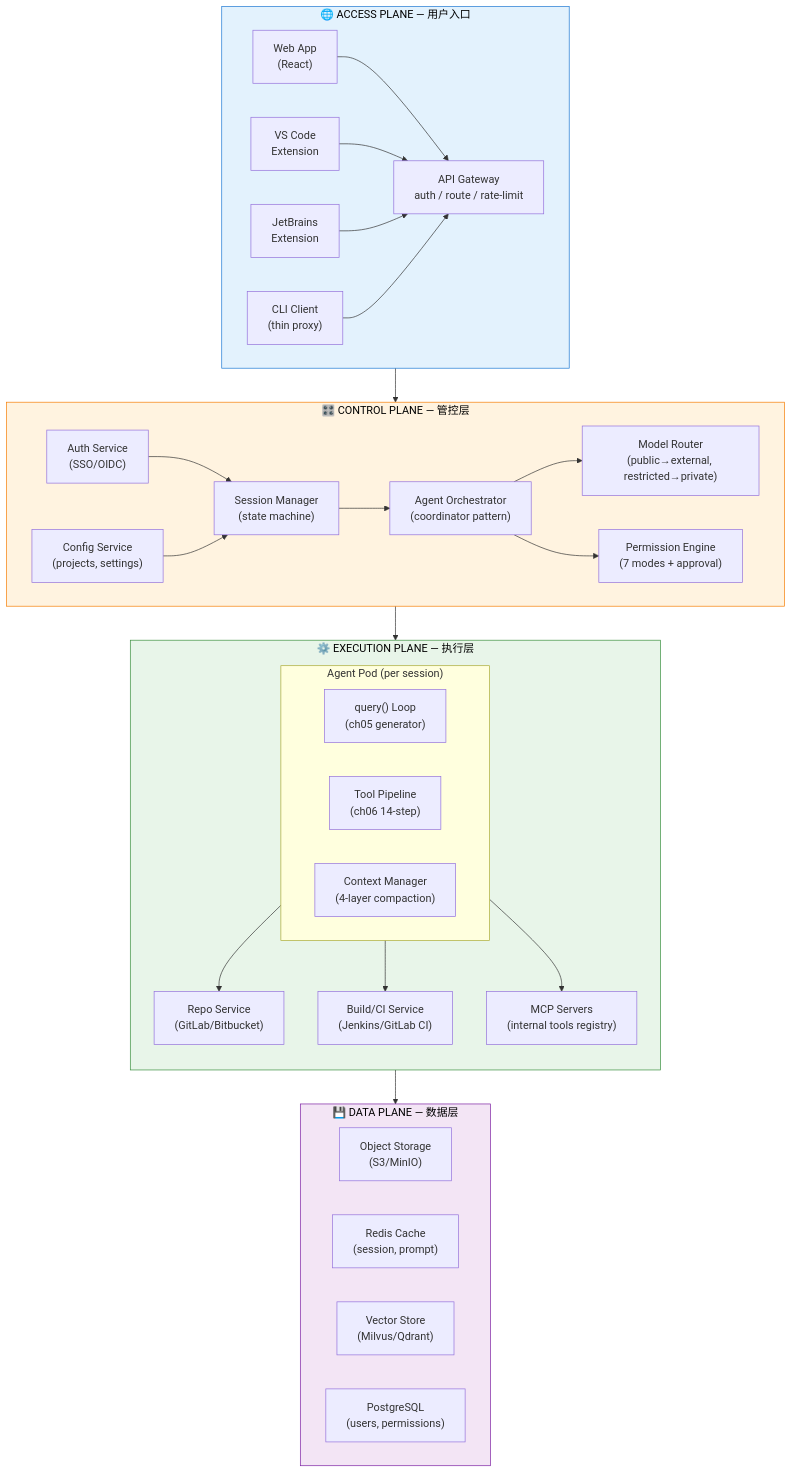
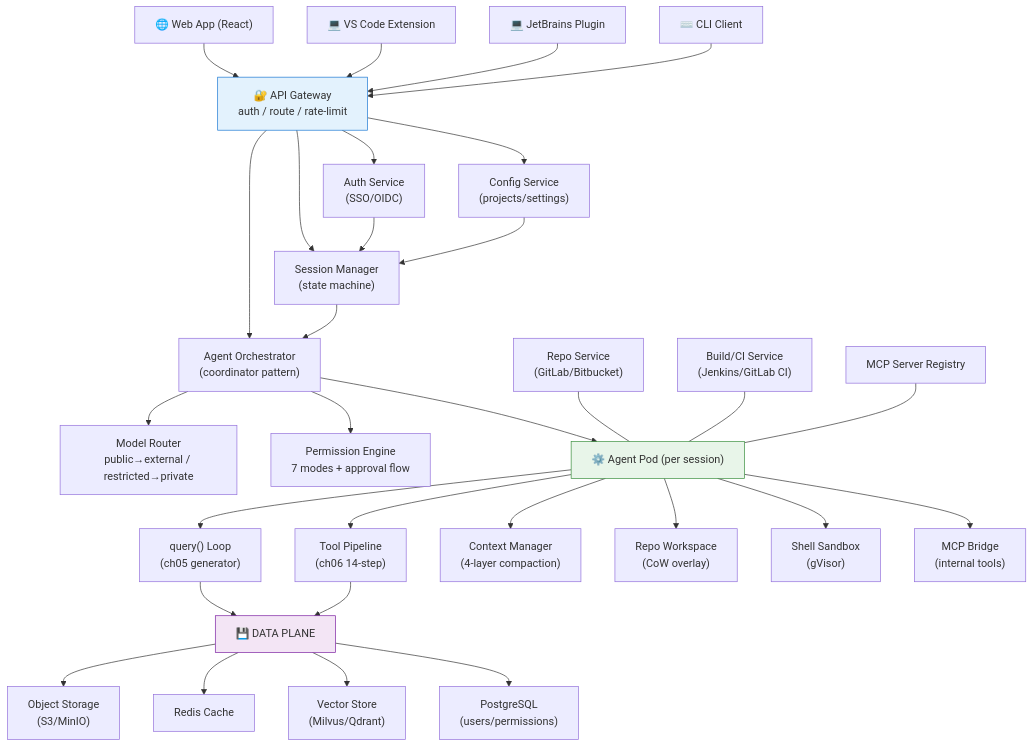
One commit to llwanghong/claude-code-universe changed the first of 2 diagrams in cloud-claude-code/docs/01-architecture-design.md. Above: the diagram before and after it, drawn with Mermaid. The commit also changed other lines of this file and 1 other file, not shown here.

Commit message:
fix: convert all Mermaid diagrams to graph TD syntax
block-beta and flowchart TB with nested subgraphs not supported
by the client-side Mermaid version. Replaced with graph TD which
is proven to work across all existing book chapters.

Also simplified the 5-plane architecture diagram into a flat
graph TD structure that renders correctly.

````diff
--- a/cloud-claude-code/docs/01-architecture-design.md
+++ b/cloud-claude-code/docs/01-architecture-design.md
@@ -33,56 +33,44 @@
 ```mermaid
-flowchart TB
-    subgraph ACCESS["🌐 ACCESS PLANE — 用户入口"]
-        direction LR
-        Web["Web App<br/>(React)"]
-        VSCode["VS Code<br/>Extension"]
-        JetBrains["JetBrains<br/>Extension"]
-        CLI["CLI Client<br/>(thin proxy)"]
-        Web & VSCode & JetBrains & CLI --> Gateway["API Gateway<br/>auth / route / rate-limit"]
-    end
+graph TD
+    Web["🌐 Web App (React)"] --> Gateway
+    VSCode["💻 VS Code Extension"] --> Gateway
+    JetBrains["💻 JetBrains Plugin"] --> Gateway
+    CLI["⌨️ CLI Client"] --> Gateway
+    Gateway["🔐 API Gateway<br/>auth / route / rate-limit"]
 
-    subgraph CONTROL["🎛️ CONTROL PLANE — 管控层"]
-        direction LR
-        Auth["Auth Service<br/>(SSO/OIDC)"]
-        Session["Session Manager<br/>(state machine)"]
-        Orch["Agent Orchestrator<br/>(coordinator pattern)"]
-        Config["Config Service<br/>(projects, settings)"]
-        Router["Model Router<br/>(public→external, restricted→private)"]
-        Perm["Permission Engine<br/>(7 modes + approval)"]
-        Auth --> Session --> Orch
-        Orch --> Router
-        Orch --> Perm
-        Config --> Session
-    end
+    Gateway --> Auth["Auth Service<br/>(SSO/OIDC)"]
+    Gateway --> Session["Session Manager<br/>(state machine)"]
+    Gateway --> Orch["Agent Orchestrator<br/>(coordinator pattern)"]
+    Gateway --> Config["Config Service<br/>(projects/settings)"]
 
-    subgraph EXEC["⚙️ EXECUTION PLANE — 执行层"]
-        direction TB
-        subgraph Pod["Agent Pod (per session)"]
-            direction LR
-            Loop["query() Loop<br/>(ch05 generator)"]
-            Tools["Tool Pipeline<br/>(ch06 14-step)"]
-            Context["Context Manager<br/>(4-layer compaction)"]
-        end
-        RepoSvc["Repo Service<br/>(GitLab/Bitbucket)"]
-        BuildSvc["Build/CI Service<br/>(Jenkins/GitLab CI)"]
-        MCPReg["MCP Servers<br/>(internal tools registry)"]
-        Pod --> RepoSvc & BuildSvc & MCPReg
-    end
+    Auth --> Session
+    Session --> Orch
 
-    subgraph DATA["💾 DATA PLANE — 数据层"]
-        direction LR
-        S3["Object Storage<br/>(S3/MinIO)"]
-        Redis["Redis Cache<br/>(session, prompt)"]
-        Vector["Vector Store<br/>(Milvus/Qdrant)"]
-        PG["PostgreSQL<br/>(users, permissions)"]
-    end
+    Orch --> Router["Model Router<br/>public→external / restricted→private"]
+    Orch --> Perm["Permission Engine<br/>7 modes + approval flow"]
+    Config --> Session
 
-    Gateway --> Auth
-    Orch --> Pod
-    Pod --> DATA
+    Orch --> Pod["⚙️ Agent Pod (per session)"]
+    Pod --> Loop["query() Loop<br/>(ch05 generator)"]
+    Pod --> ToolPipe["Tool Pipeline<br/>(ch06 14-step)"]
+    Pod --> CtxMgr["Context Manager<br/>(4-layer compaction)"]
+    Pod --> RepoWS["Repo Workspace<br/>(CoW overlay)"]
+    Pod --> Sandbox["Shell Sandbox<br/>(gVisor)"]
+    Pod --> MCPBridge["MCP Bridge<br/>(internal tools)"]
 
-    style ACCESS fill:#e3f2fd,stroke:#1976d2,color:#000
-    style CONTROL fill:#fff3e0,stroke:#f57c00,color:#000
-    style EXEC fill:#e8f5e9,stroke:#388e3c,color:#000
-    style DATA fill:#f3e5f5,stroke:#7b1fa2,color:#000
+    Loop --> DataLayer
+    ToolPipe --> DataLayer
+
+    RepoSvc["Repo Service<br/>(GitLab/Bitbucket)"] --- Pod
+    BuildSvc["Build/CI Service<br/>(Jenkins/GitLab CI)"] --- Pod
+    MCPReg["MCP Server Registry"] --- Pod
+
+    DataLayer["💾 DATA PLANE"] --> S3["Object Storage<br/>(S3/MinIO)"]
+    DataLayer --> Redis["Redis Cache"]
+    DataLayer --> Vector["Vector Store<br/>(Milvus/Qdrant)"]
+    DataLayer --> PG["PostgreSQL<br/>(users/permissions)"]
+
+    style Gateway fill:#e3f2fd,stroke:#1976d2
+    style Pod fill:#e8f5e9,stroke:#388e3c
+    style DataLayer fill:#f3e5f5,stroke:#7b1fa2
 ```
````
